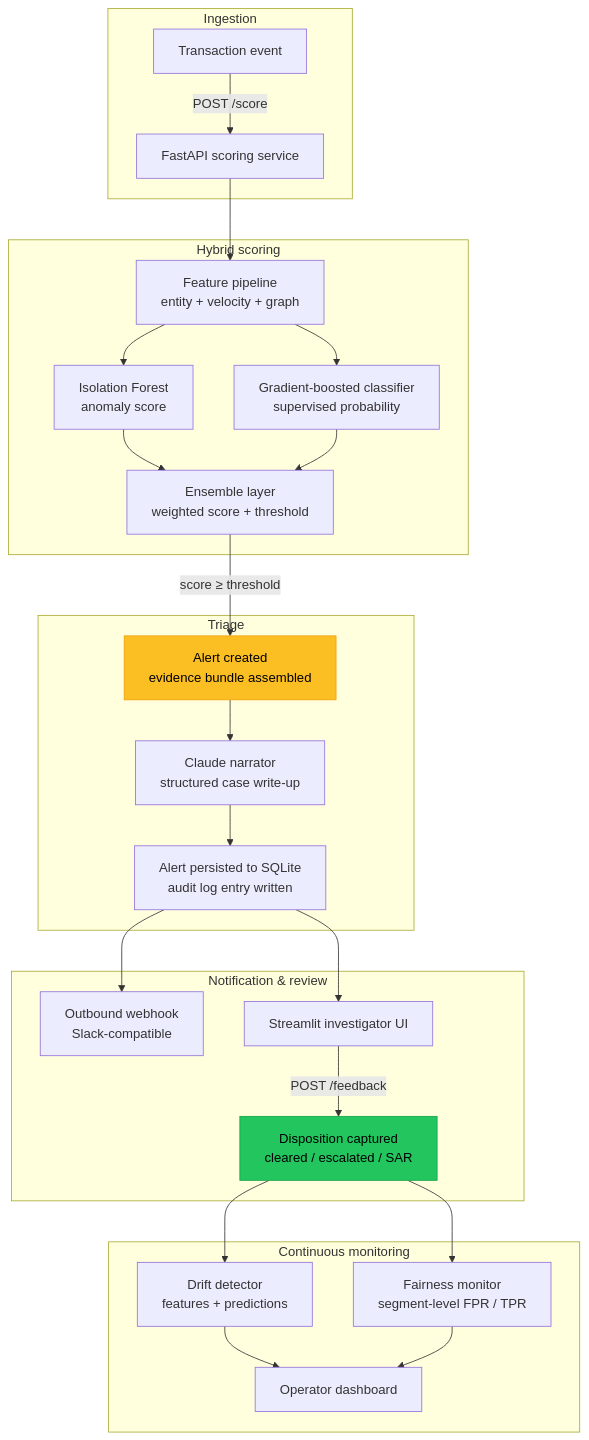
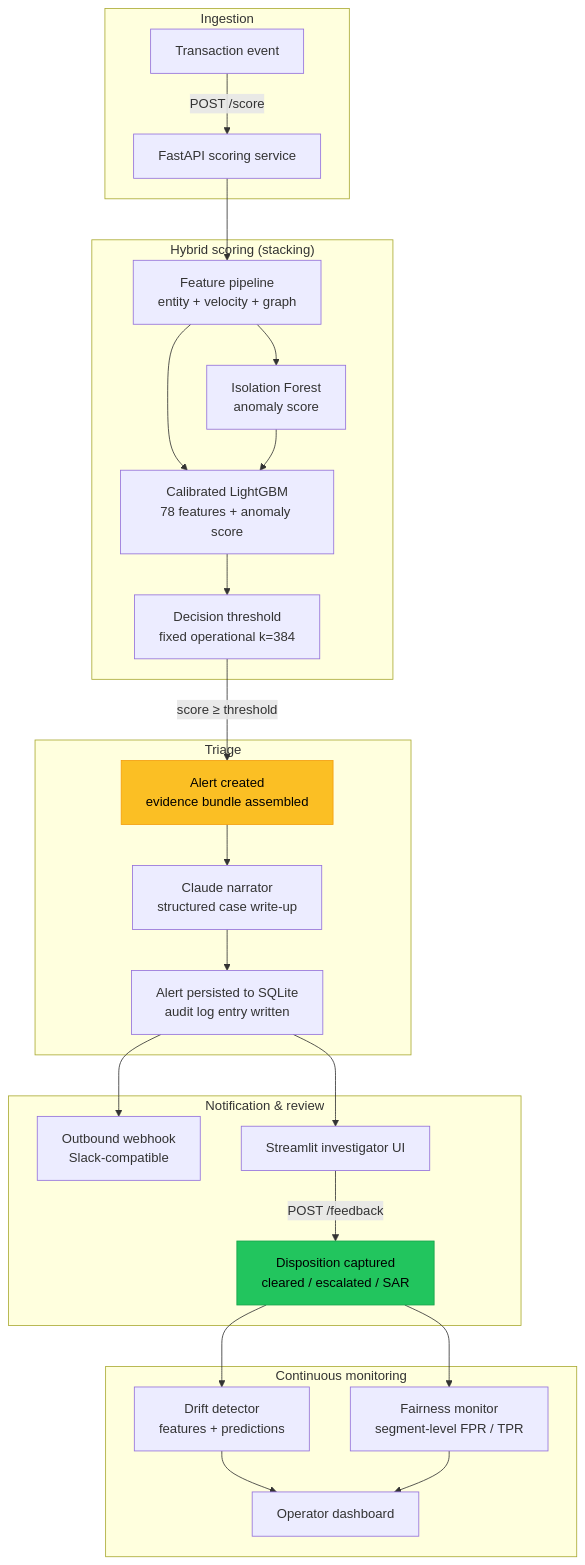
Before and after one commit to FelipeToroG/aml-transaction-monitoring: the diagram in README.md, drawn with Mermaid. The commit also changed other lines of this file, not shown here.

Commit message:
docs(readme): update results and narrative to v1 (LightGBM stacking, capacity-framed)

````diff
--- a/README.md
+++ b/README.md
@@ -52,36 +52,36 @@
 ```mermaid
 flowchart TB
     subgraph INGEST["Ingestion"]
         A[Transaction event] -->|POST /score| B[FastAPI scoring service]
     end
 
-    subgraph SCORE["Hybrid scoring"]
+    subgraph SCORE["Hybrid scoring (stacking)"]
         B --> C[Feature pipeline<br/>entity + velocity + graph]
         C --> D[Isolation Forest<br/>anomaly score]
-        C --> E[Gradient-boosted classifier<br/>supervised probability]
-        D --> F[Ensemble layer<br/>weighted score + threshold]
-        E --> F
+        C --> E[Calibrated LightGBM<br/>78 features + anomaly score]
+        D --> E
+        E --> F[Decision threshold<br/>fixed operational k=384]
     end
 
     subgraph TRIAGE["Triage"]
         F -->|score &ge; threshold| G[Alert created<br/>evidence bundle assembled]
         G --> H[Claude narrator<br/>structured case write-up]
         H --> I[Alert persisted to SQLite<br/>audit log entry written]
     end
 
     subgraph NOTIFY["Notification & review"]
         I --> J[Outbound webhook<br/>Slack-compatible]
         I --> K[Streamlit investigator UI]
         K -->|POST /feedback| L[Disposition captured<br/>cleared / escalated / SAR]
     end
 
     subgraph MONITOR["Continuous monitoring"]
         L --> M[Drift detector<br/>features + predictions]
         L --> N[Fairness monitor<br/>segment-level FPR / TPR]
         M --> O[Operator dashboard]
         N --> O
     end
 
     style G fill:#fbbf24,stroke:#f59e0b,color:#000
     style L fill:#22c55e,stroke:#16a34a,color:#000
 ```
````
